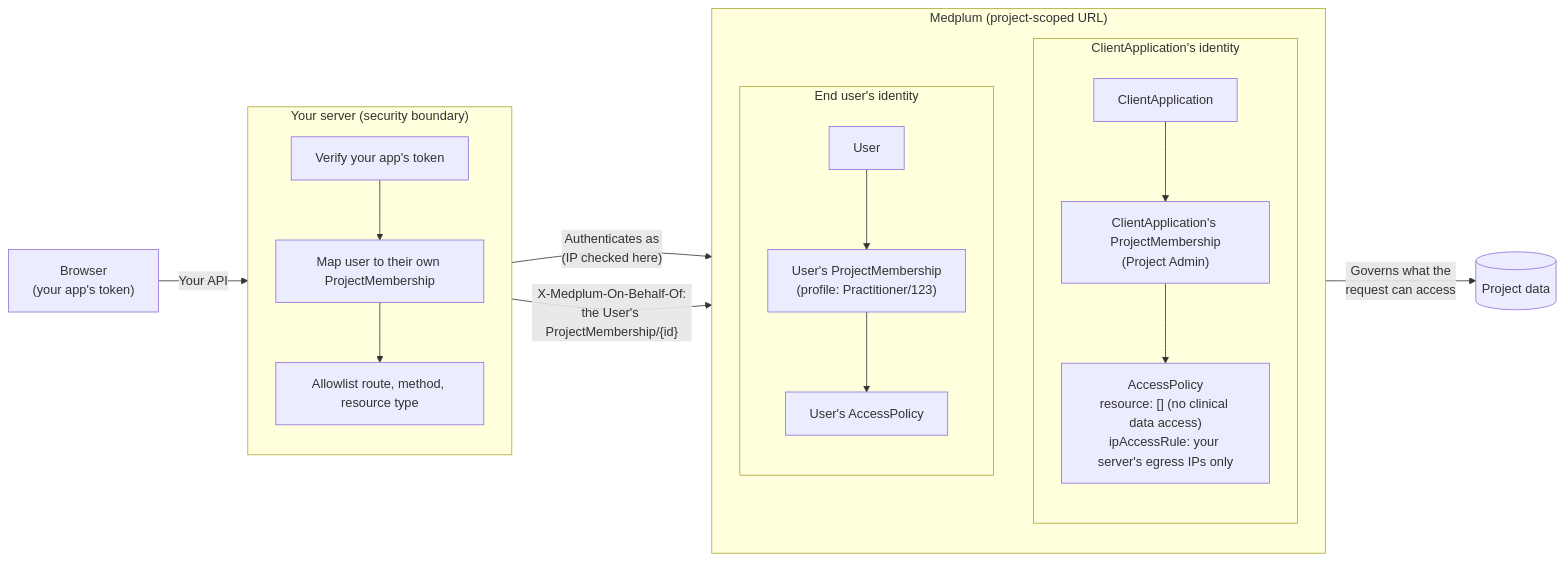
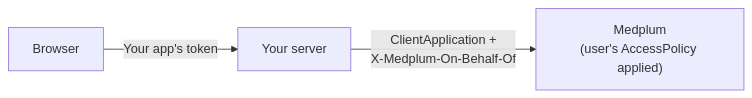
Before and after one commit to medplum/medplum: the second of 2 diagrams in packages/docs/content/docs/auth/server-to-server-communication.md, drawn with Mermaid. The commit also changed other lines of this file, not shown here.

Commit message:
docs: simplify server-to-server communication guide

````diff
--- a/packages/docs/content/docs/auth/server-to-server-communication.md
+++ b/packages/docs/content/docs/auth/server-to-server-communication.md
@@ -45,25 +25,5 @@
 ```mermaid
 flowchart LR
-    B["Browser<br/>(your app's token)"] -->|"Your API"| S
-    subgraph S["Your server (security boundary)"]
-        direction TB
-        A["Verify your app's token"] --> MM["Map user to their own ProjectMembership"]
-        MM --> F["Allowlist route, method, resource type"]
-    end
-    S -->|"Authenticates as<br/>(IP checked here)"| CA
-    S -->|"X-Medplum-On-Behalf-Of:<br/>the User's ProjectMembership/{id}"| UPM
-    subgraph M["Medplum (project-scoped URL)"]
-        direction TB
-        subgraph CI["ClientApplication's identity"]
-            direction TB
-            CA["ClientApplication"] --> CPM["ClientApplication's ProjectMembership<br/>(Project Admin)"]
-            CPM --> CP["AccessPolicy<br/>resource: [] (no clinical data access)<br/>ipAccessRule: your server's egress IPs only"]
-        end
-        subgraph UI["End user's identity"]
-            direction TB
-            U["User"] --> UPM["User's ProjectMembership<br/>(profile: Practitioner/123)"]
-            UPM --> UP["User's AccessPolicy"]
-        end
-    end
-    UP -->|"Governs what the<br/>request can access"| D[("Project data")]
+    B["Browser"] -->|"Your app's token"| S["Your server"]
+    S -->|"ClientApplication +<br/>X-Medplum-On-Behalf-Of"| M["Medplum<br/>(user's AccessPolicy applied)"]
 ```
````
